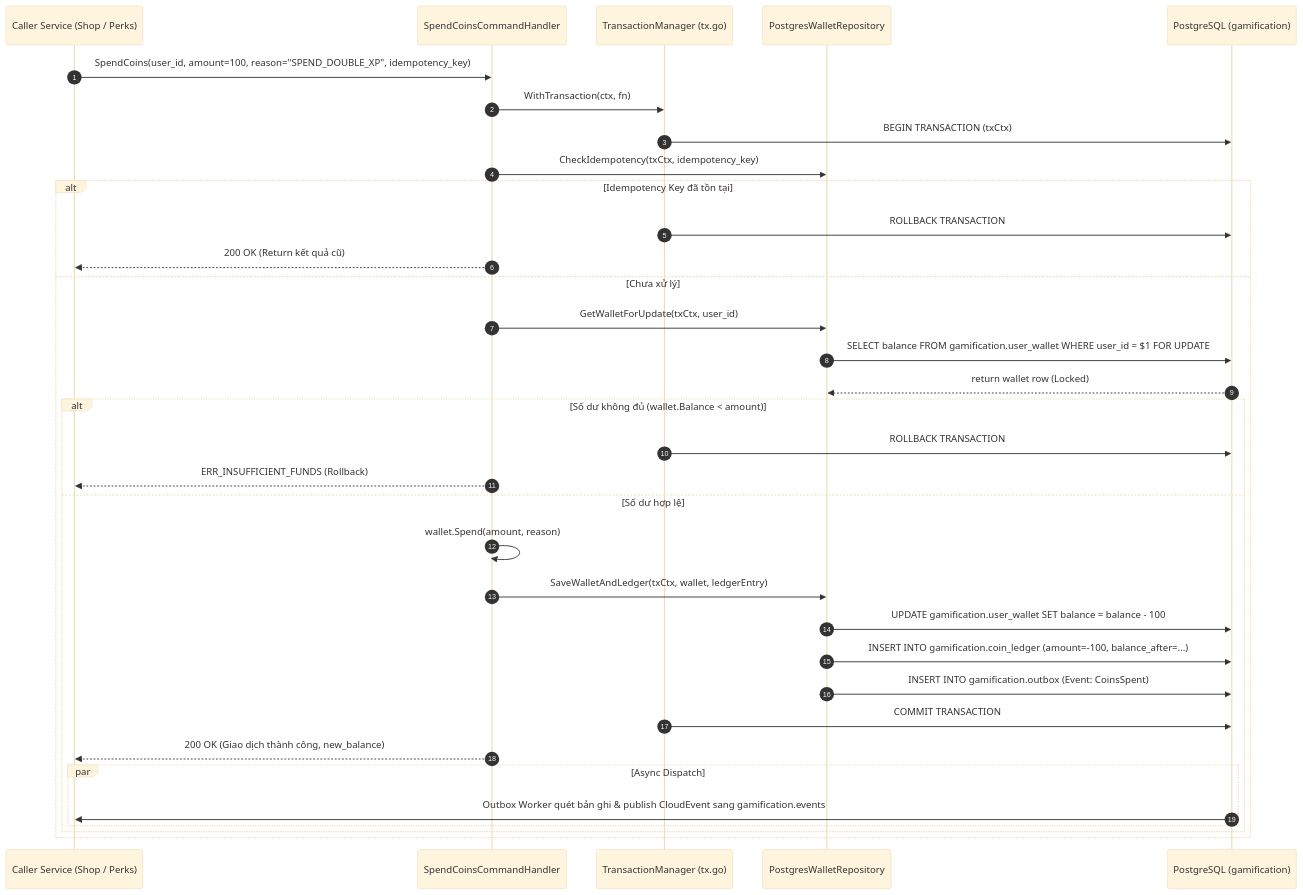
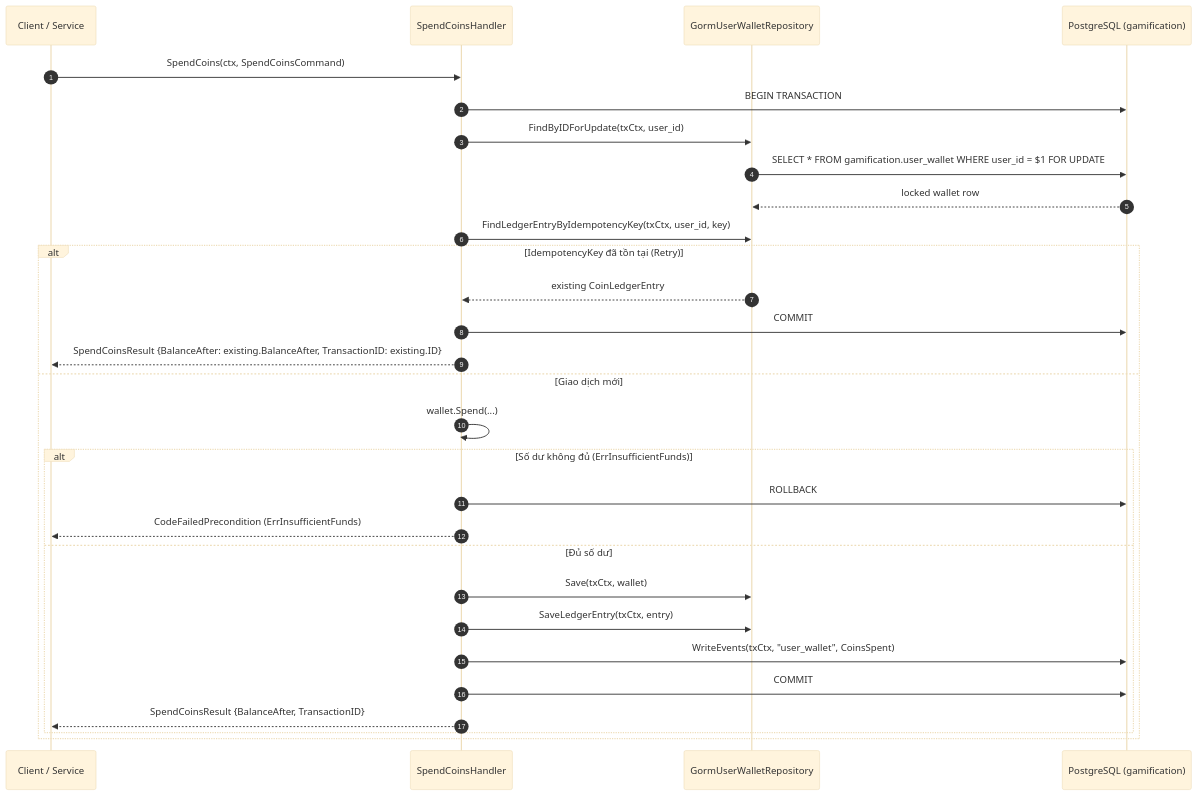
Before and after one commit to viethung213/gym-companion: the fourth of 4 diagrams in internal/gamification/docs/features/fitcoins-and-ledger/02-design.md, drawn with Mermaid (base theme). The commit also changed other lines of this file and 55 other files, not shown here.

Commit message:
✨ feat(gamification): implement fitcoins virtual wallet, immutable ledger, and batch rewarding (#357)

````diff
--- a/internal/gamification/docs/features/fitcoins-and-ledger/02-design.md
+++ b/internal/gamification/docs/features/fitcoins-and-ledger/02-design.md
@@ -188,39 +177,33 @@
 ```mermaid
 sequenceDiagram
     autonumber
-    participant Caller as Caller Service (Shop / Perks)
-    participant Handler as SpendCoinsCommandHandler
-    participant Tx as TransactionManager (tx.go)
-    participant Repo as PostgresWalletRepository
+    participant Client as Client / Service
+    participant Handler as SpendCoinsHandler
+    participant Repo as GormUserWalletRepository
     participant DB as PostgreSQL (gamification)
 
-    Caller->>Handler: SpendCoins(user_id, amount=100, reason="SPEND_DOUBLE_XP", idempotency_key)
-    
-    Handler->>Tx: WithTransaction(ctx, fn)
-    Tx->>DB: BEGIN TRANSACTION (txCtx)
-    Handler->>Repo: CheckIdempotency(txCtx, idempotency_key)
-    alt Idempotency Key đã tồn tại
-        Tx->>DB: ROLLBACK TRANSACTION
-        Handler-->>Caller: 200 OK (Return kết quả cũ)
-    else Chưa xử lý
-        Handler->>Repo: GetWalletForUpdate(txCtx, user_id)
-        Repo->>DB: SELECT balance FROM gamification.user_wallet WHERE user_id = $1 FOR UPDATE
-        DB-->>Repo: return wallet row (Locked)
-        
-        alt Số dư không đủ (wallet.Balance < amount)
-            Tx->>DB: ROLLBACK TRANSACTION
-            Handler-->>Caller: ERR_INSUFFICIENT_FUNDS (Rollback)
-        else Số dư hợp lệ
-            Handler->>Handler: wallet.Spend(amount, reason)
-            Handler->>Repo: SaveWalletAndLedger(txCtx, wallet, ledgerEntry)
-            Repo->>DB: UPDATE gamification.user_wallet SET balance = balance - 100
-            Repo->>DB: INSERT INTO gamification.coin_ledger (amount=-100, balance_after=...)
-            Repo->>DB: INSERT INTO gamification.outbox (Event: CoinsSpent)
-            Tx->>DB: COMMIT TRANSACTION
-            Handler-->>Caller: 200 OK (Giao dịch thành công, new_balance)
-            par Async Dispatch
-                DB->>Caller: Outbox Worker quét bản ghi & publish CloudEvent sang gamification.events
-            end
+    Client->>Handler: SpendCoins(ctx, SpendCoinsCommand)
+    Handler->>DB: BEGIN TRANSACTION
+    Handler->>Repo: FindByIDForUpdate(txCtx, user_id)
+    Repo->>DB: SELECT * FROM gamification.user_wallet WHERE user_id = $1 FOR UPDATE
+    DB-->>Repo: locked wallet row
+
+    Handler->>Repo: FindLedgerEntryByIdempotencyKey(txCtx, user_id, key)
+    alt IdempotencyKey đã tồn tại (Retry)
+        Repo-->>Handler: existing CoinLedgerEntry
+        Handler->>DB: COMMIT
+        Handler-->>Client: SpendCoinsResult {BalanceAfter: existing.BalanceAfter, TransactionID: existing.ID}
+    else Giao dịch mới
+        Handler->>Handler: wallet.Spend(...)
+        alt Số dư không đủ (ErrInsufficientFunds)
+            Handler->>DB: ROLLBACK
+            Handler-->>Client: CodeFailedPrecondition (ErrInsufficientFunds)
+        else Đủ số dư
+            Handler->>Repo: Save(txCtx, wallet)
+            Handler->>Repo: SaveLedgerEntry(txCtx, entry)
+            Handler->>DB: WriteEvents(txCtx, "user_wallet", CoinsSpent)
+            Handler->>DB: COMMIT
+            Handler-->>Client: SpendCoinsResult {BalanceAfter, TransactionID}
         end
     end
 ```
````
